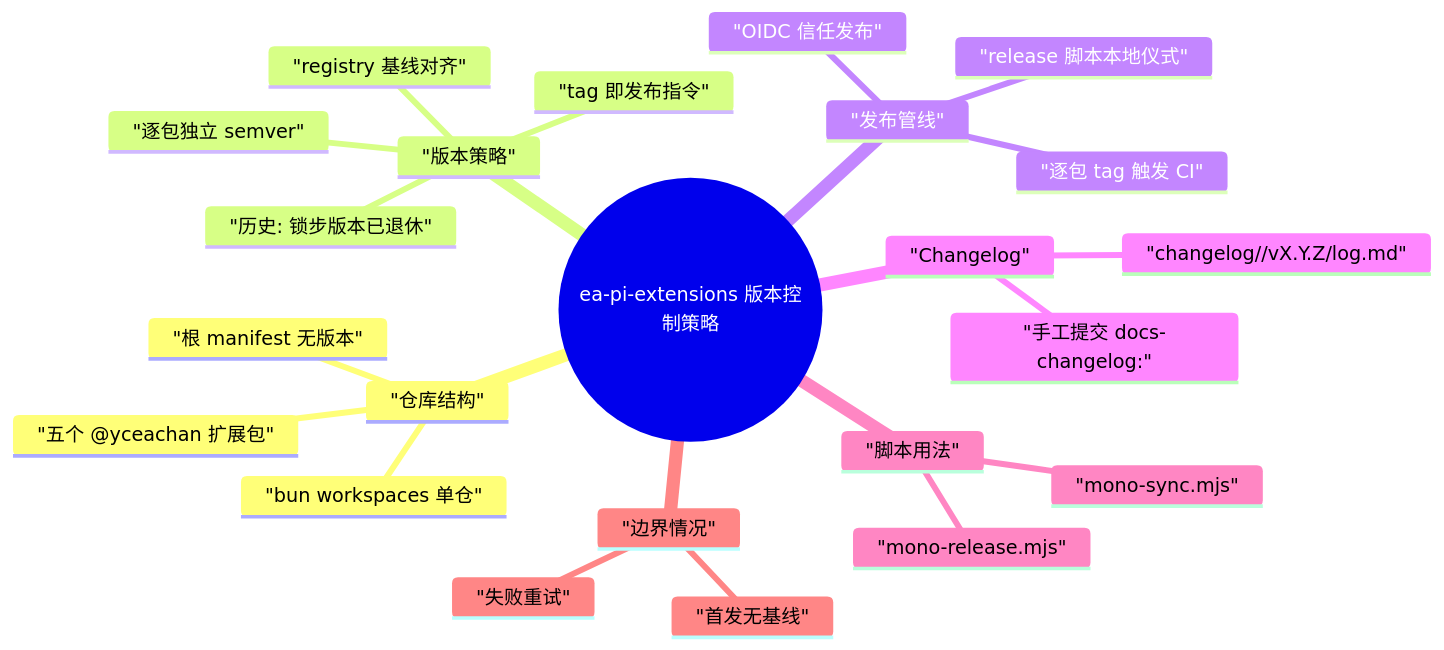
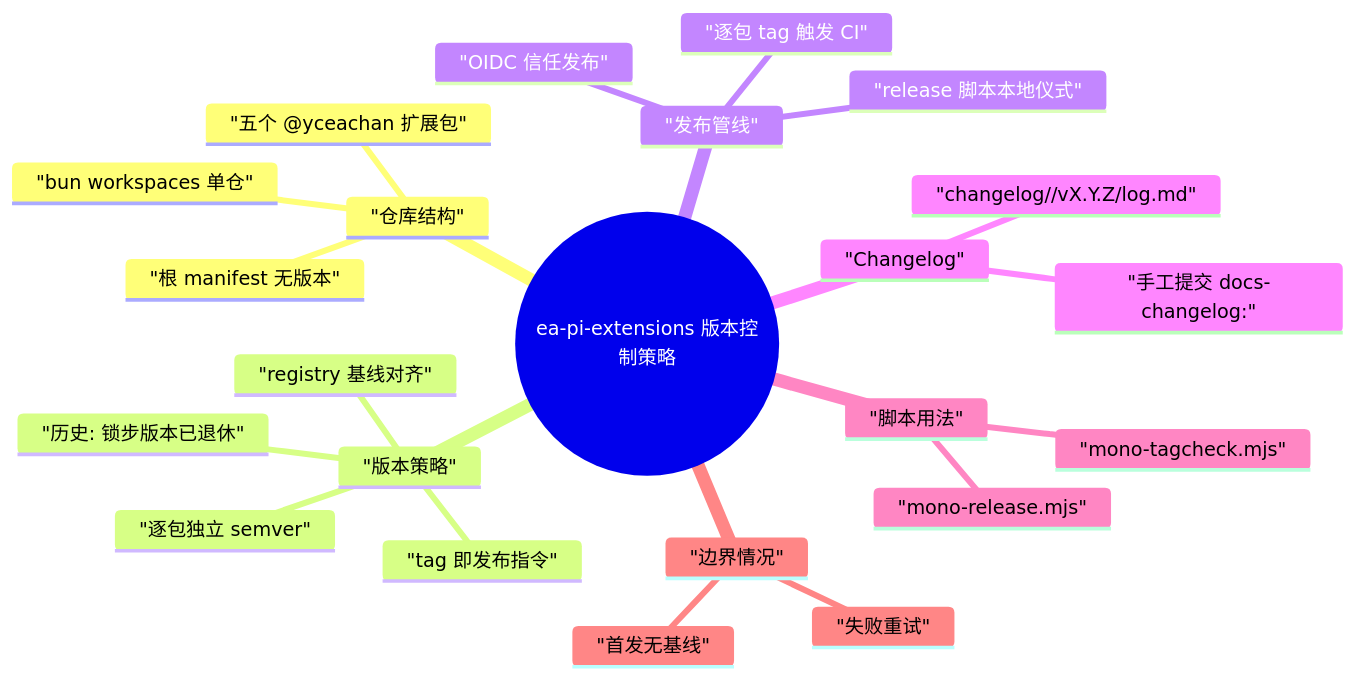
Before and after one commit to yceachan/ea-pi-extensions: the first of 2 diagrams in docs/发行版本控制策略.md, drawn with Mermaid. The commit also changed other lines of this file and 6 other files, not shown here.

First line of the commit message:
refactor(scripts): rename mono-sync to mono-tagcheck

````diff
--- a/docs/发行版本控制策略.md
+++ b/docs/发行版本控制策略.md
@@ -13,26 +13,26 @@
 ```mermaid
 mindmap
   root((ea-pi-extensions 版本控制策略))
     "仓库结构"
       "bun workspaces 单仓"
       "五个 @yceachan 扩展包"
       "根 manifest 无版本"
     "版本策略"
       "逐包独立 semver"
       "registry 基线对齐"
       "tag 即发布指令"
       "历史: 锁步版本已退休"
     "发布管线"
       "release 脚本本地仪式"
       "逐包 tag 触发 CI"
       "OIDC 信任发布"
     "Changelog"
       "changelog/<pkg>/vX.Y.Z/log.md"
       "手工提交 docs-changelog:"
     "脚本用法"
       "mono-release.mjs"
-      "mono-sync.mjs"
+      "mono-tagcheck.mjs"
     "边界情况"
       "首发无基线"
       "失败重试"
 ```
````
